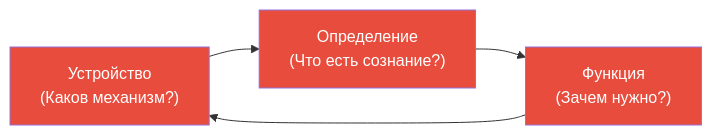
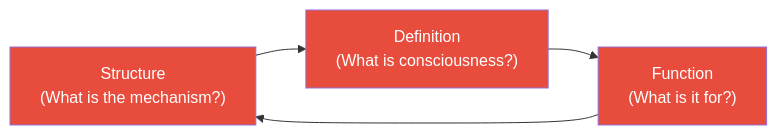
One commit to gst-st/uhm changed the first of 2 diagrams in website/docs/consciousness/comparative/cognitome-anokhin.md. Above: the diagram before and after it, drawn with Mermaid. The commit also changed other lines of this file and 79 other files, not shown here.

````diff
--- a/website/docs/consciousness/comparative/cognitome-anokhin.md
+++ b/website/docs/consciousness/comparative/cognitome-anokhin.md
@@ -150,9 +175,9 @@
 ```mermaid
 graph LR
-    U["Устройство<br/>(Каков механизм?)"] --> D["Определение<br/>(Что есть сознание?)"]
-    D --> F["Функция<br/>(Зачем нужно?)"]
+    U["Structure<br/>(What is the mechanism?)"] --> D["Definition<br/>(What is consciousness?)"]
+    D --> F["Function<br/>(What is it for?)"]
     F --> U
     style U fill:#e74c3c,color:#fff
     style D fill:#e74c3c,color:#fff
     style F fill:#e74c3c,color:#fff
 ```
````
